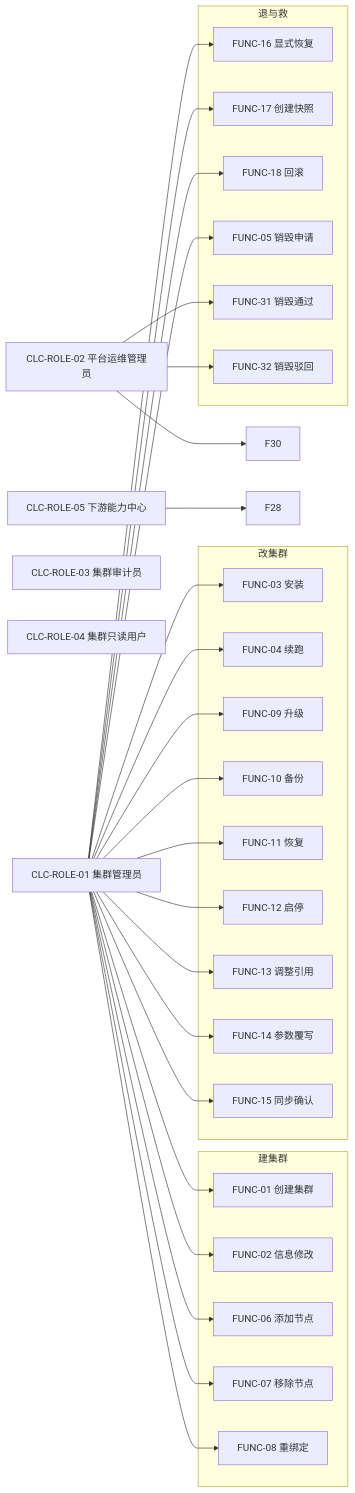
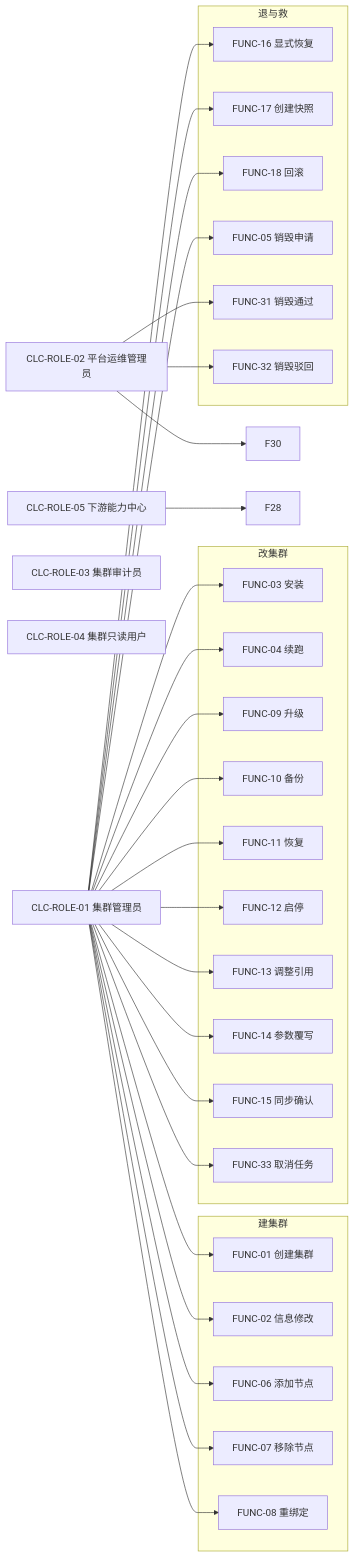
The second of 9 diagrams in design/spec/需求规格说明书-OPIC-集群域.md (Project-Opic/opic-clc), drawn with Mermaid before and after one commit. The commit also changed other lines of this file and 3 other files, not shown here.

````diff
--- a/design/spec/需求规格说明书-OPIC-集群域.md
+++ b/design/spec/需求规格说明书-OPIC-集群域.md
@@ -490,56 +576,58 @@
 ```mermaid
 flowchart LR
     R1["CLC-ROLE-01 集群管理员"]
     R2["CLC-ROLE-02 平台运维管理员"]
     R3["CLC-ROLE-03 集群审计员"]
     R4["CLC-ROLE-04 集群只读用户"]
     R5["CLC-ROLE-05 下游能力中心"]
     subgraph S1["建集群"]
         F01["FUNC-01 创建集群"]
         F02["FUNC-02 信息修改"]
         F06["FUNC-06 添加节点"]
         F07["FUNC-07 移除节点"]
         F08["FUNC-08 重绑定"]
     end
     subgraph S2["改集群"]
         F03["FUNC-03 安装"]
         F04["FUNC-04 续跑"]
         F09["FUNC-09 升级"]
         F10["FUNC-10 备份"]
         F11["FUNC-11 恢复"]
         F12["FUNC-12 启停"]
         F13["FUNC-13 调整引用"]
         F14["FUNC-14 参数覆写"]
         F15["FUNC-15 同步确认"]
+        F33["FUNC-33 取消任务"]
     end
     subgraph S3["退与救"]
         F16["FUNC-16 显式恢复"]
         F17["FUNC-17 创建快照"]
         F18["FUNC-18 回滚"]
         F05["FUNC-05 销毁申请"]
         F31["FUNC-31 销毁通过"]
         F32["FUNC-32 销毁驳回"]
     end
     R1 --> F01
     R1 --> F02
     R1 --> F03
     R1 --> F04
     R1 --> F06
     R1 --> F07
     R1 --> F08
     R1 --> F09
     R1 --> F10
     R1 --> F11
     R1 --> F12
     R1 --> F13
     R1 --> F14
     R1 --> F15
     R1 --> F16
     R1 --> F17
     R1 --> F18
+    R1 --> F33
     R1 --> F05
     R2 --> F31
     R2 --> F32
     R2 --> F30
     R5 --> F28
 ```
````
